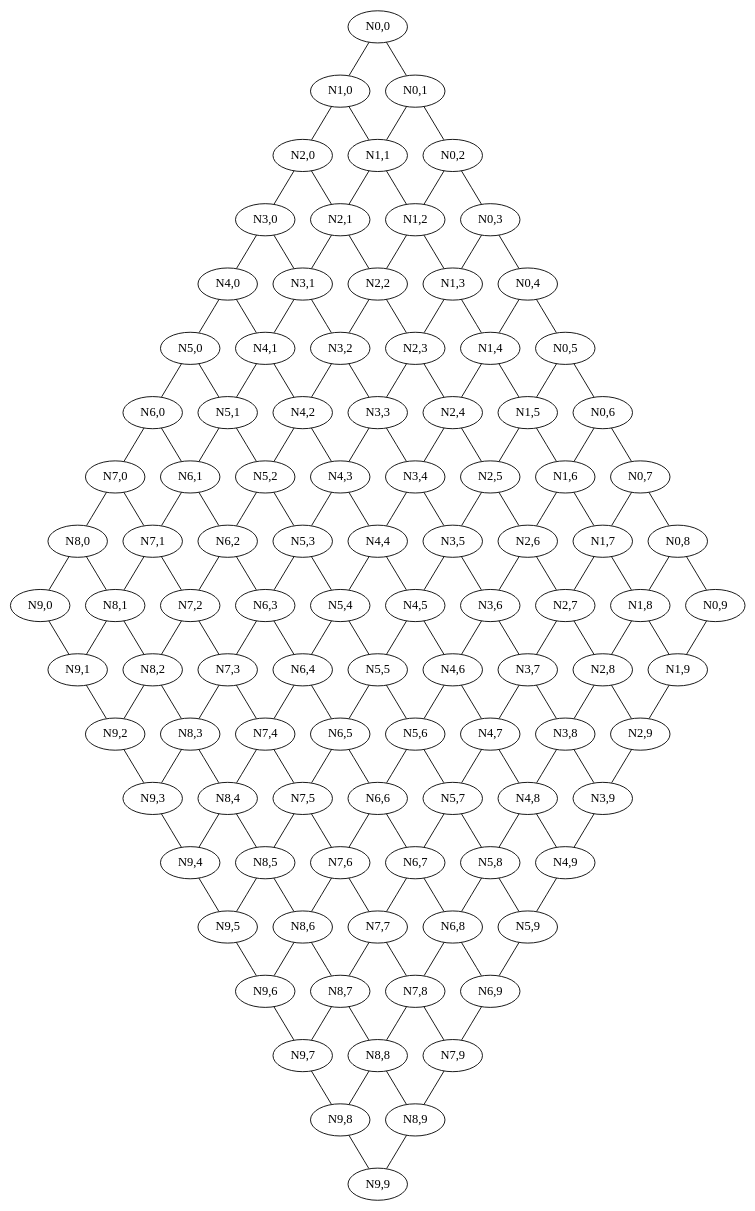
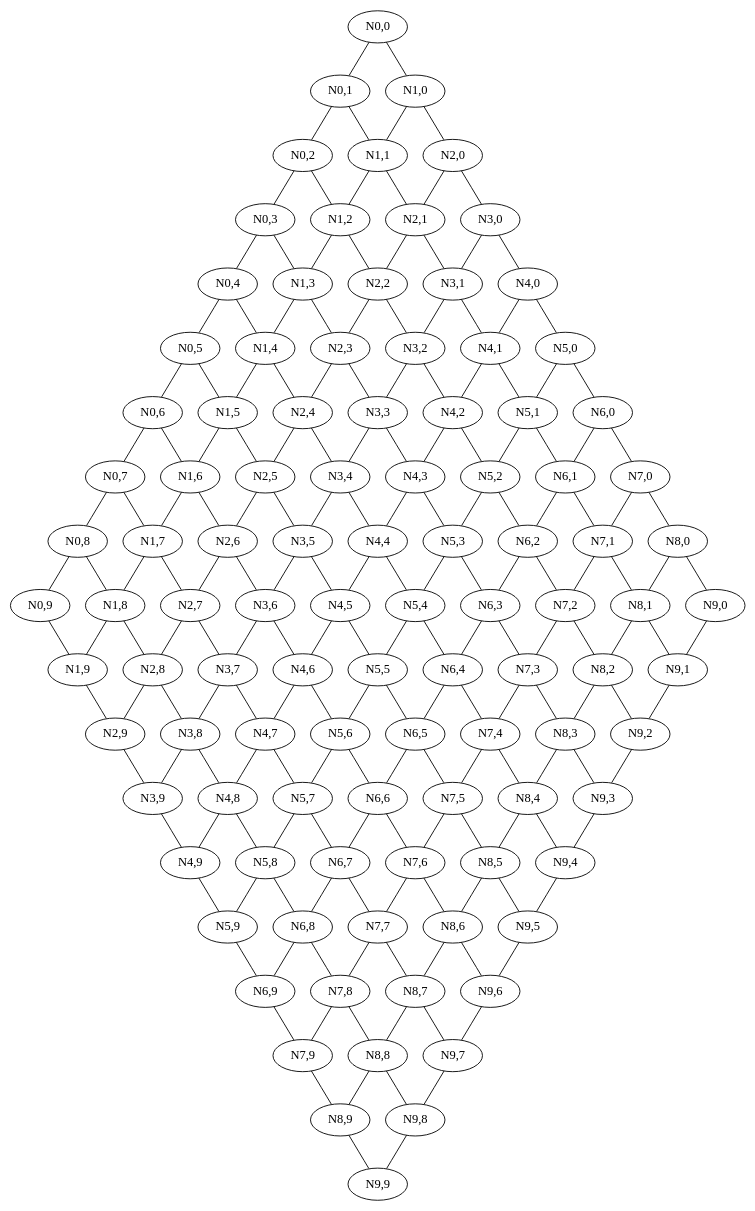
Before and after one commit to jpachecosenard1999/DAA-B24: the diagram in Proyecto 1 - Biblioteca de generación y manejo de grafos/100 nodos/grafoMalla 10x10 NoDir.gv, drawn with Graphviz. The commit also changed 77 other files, not shown here.

```diff
--- a/Proyecto 1 - Biblioteca de generación y manejo de grafos/100 nodos/grafoMalla 10x10 NoDir.gv
+++ b/Proyecto 1 - Biblioteca de generación y manejo de grafos/100 nodos/grafoMalla 10x10 NoDir.gv
@@ -1,4 +1,104 @@
 graph G {
+    "N0,0";
+    "N0,1";
+    "N0,2";
+    "N0,3";
+    "N0,4";
+    "N0,5";
+    "N0,6";
+    "N0,7";
+    "N0,8";
+    "N0,9";
+    "N1,0";
+    "N1,1";
+    "N1,2";
+    "N1,3";
+    "N1,4";
+    "N1,5";
+    "N1,6";
+    "N1,7";
+    "N1,8";
+    "N1,9";
+    "N2,0";
+    "N2,1";
+    "N2,2";
+    "N2,3";
+    "N2,4";
+    "N2,5";
+    "N2,6";
+    "N2,7";
+    "N2,8";
+    "N2,9";
+    "N3,0";
+    "N3,1";
+    "N3,2";
+    "N3,3";
+    "N3,4";
+    "N3,5";
+    "N3,6";
+    "N3,7";
+    "N3,8";
+    "N3,9";
+    "N4,0";
+    "N4,1";
+    "N4,2";
+    "N4,3";
+    "N4,4";
+    "N4,5";
+    "N4,6";
+    "N4,7";
+    "N4,8";
+    "N4,9";
+    "N5,0";
+    "N5,1";
+    "N5,2";
+    "N5,3";
+    "N5,4";
+    "N5,5";
+    "N5,6";
+    "N5,7";
+    "N5,8";
+    "N5,9";
+    "N6,0";
+    "N6,1";
+    "N6,2";
+    "N6,3";
+    "N6,4";
+    "N6,5";
+    "N6,6";
+    "N6,7";
+    "N6,8";
+    "N6,9";
+    "N7,0";
+    "N7,1";
+    "N7,2";
+    "N7,3";
+    "N7,4";
+    "N7,5";
+    "N7,6";
+    "N7,7";
+    "N7,8";
+    "N7,9";
+    "N8,0";
+    "N8,1";
+    "N8,2";
+    "N8,3";
+    "N8,4";
+    "N8,5";
+    "N8,6";
+    "N8,7";
+    "N8,8";
+    "N8,9";
+    "N9,0";
+    "N9,1";
+    "N9,2";
+    "N9,3";
+    "N9,4";
+    "N9,5";
+    "N9,6";
+    "N9,7";
+    "N9,8";
+    "N9,9";
     "N0,0" -- "N1,0";
     "N0,0" -- "N0,1";
     "N0,1" -- "N1,1";
```
